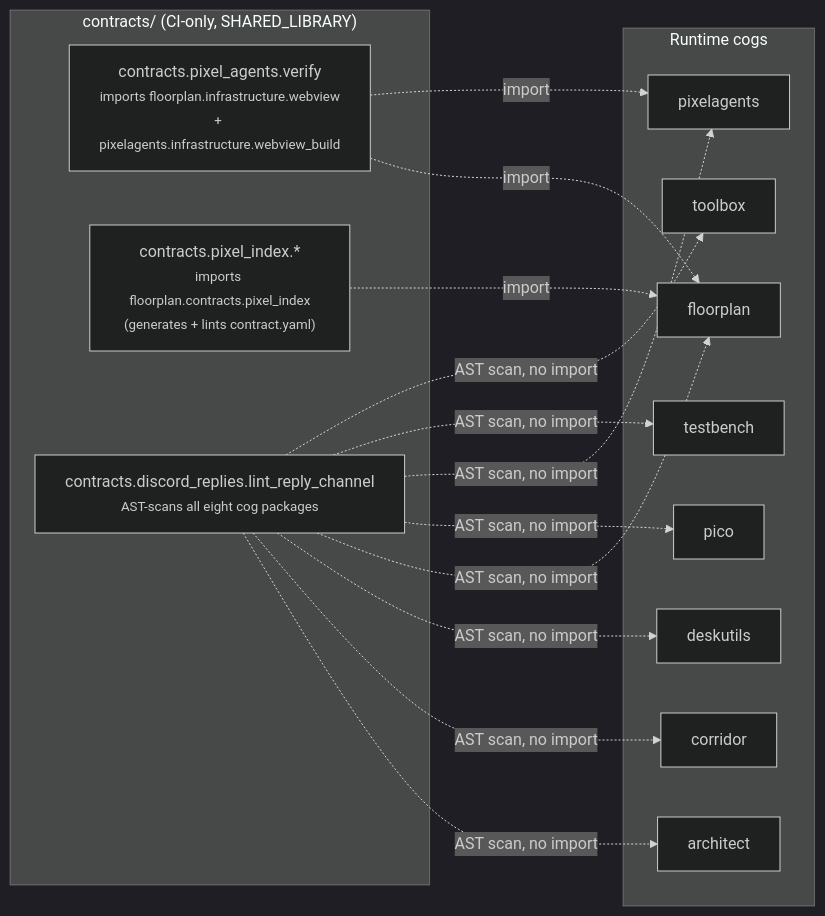
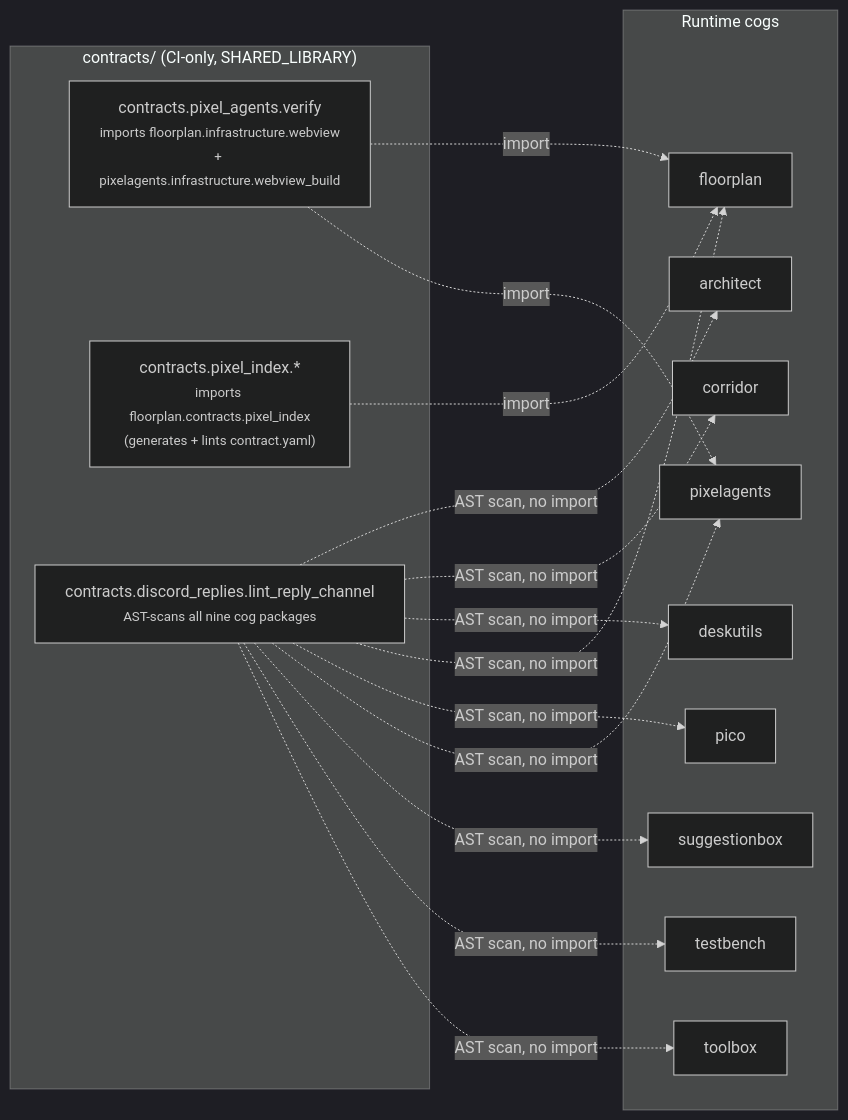
The eighth of 8 diagrams in docs/architecture.md (pixel-agents-hq/pixel-agents-cogs), drawn with Mermaid (dark theme) before and after one commit. The commit also changed other lines of this file and 56 other files, not shown here.

````diff
--- a/docs/architecture.md
+++ b/docs/architecture.md
@@ -423,31 +438,33 @@
 ```mermaid
 flowchart LR
     subgraph runtime["Runtime cogs"]
         architect2["architect"]
         corridor2["corridor"]
         deskutils2["deskutils"]
         floorplan2["floorplan"]
         pico2["pico"]
         pixelagents2["pixelagents"]
+        suggestionbox2["suggestionbox"]
         testbench2["testbench"]
         toolbox2["toolbox"]
     end
 
     subgraph ci["contracts/ (CI-only, SHARED_LIBRARY)"]
         pa_verify["contracts.pixel_agents.verify<br/><small>imports floorplan.infrastructure.webview<br/>+ pixelagents.infrastructure.webview_build</small>"]
         idx_lint["contracts.pixel_index.*<br/><small>imports floorplan.contracts.pixel_index<br/>(generates + lints contract.yaml)</small>"]
-        reply_lint["contracts.discord_replies.lint_reply_channel<br/><small>AST-scans all eight cog packages</small>"]
+        reply_lint["contracts.discord_replies.lint_reply_channel<br/><small>AST-scans all nine cog packages</small>"]
     end
 
     pa_verify -.->|"import"| floorplan2
     pa_verify -.->|"import"| pixelagents2
     idx_lint -.->|"import"| floorplan2
     reply_lint -.->|"AST scan, no import"| architect2
     reply_lint -.->|"AST scan, no import"| corridor2
     reply_lint -.->|"AST scan, no import"| deskutils2
     reply_lint -.->|"AST scan, no import"| floorplan2
     reply_lint -.->|"AST scan, no import"| pico2
     reply_lint -.->|"AST scan, no import"| pixelagents2
+    reply_lint -.->|"AST scan, no import"| suggestionbox2
     reply_lint -.->|"AST scan, no import"| testbench2
     reply_lint -.->|"AST scan, no import"| toolbox2
 ```
````
